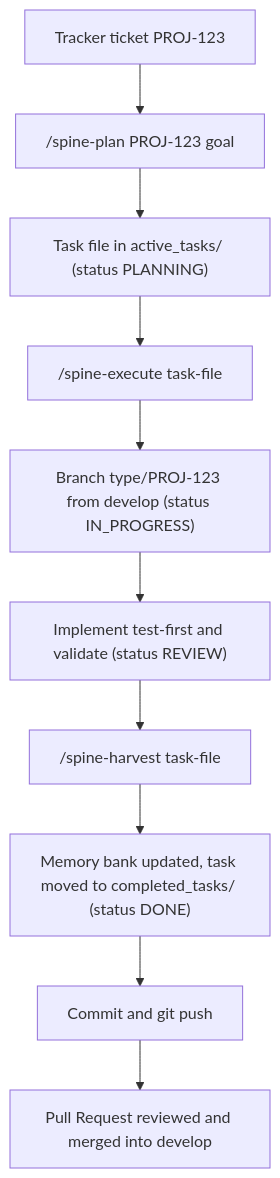
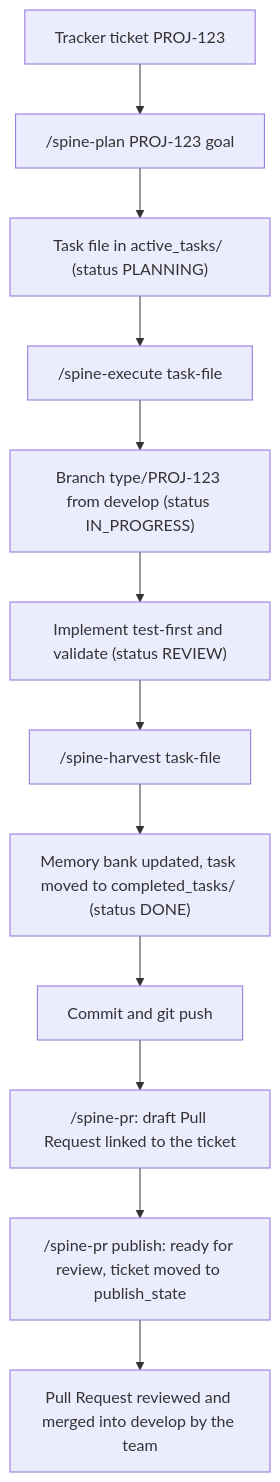
The third of 5 diagrams in README.md (gabrielaalves-selbetti/spine), drawn with Mermaid before and after one commit. The commit also changed other lines of this file and 2 other files, not shown here.

First line of the commit message:
docs: document /spine-pr and its MCP requirement

````diff
--- a/README.md
+++ b/README.md
@@ -206,12 +211,14 @@
 ```mermaid
 flowchart TD
     ticket["Tracker ticket PROJ-123"] --> plan["/spine-plan PROJ-123 goal"]
     plan --> planned["Task file in active_tasks/ (status PLANNING)"]
     planned --> execute["/spine-execute task-file"]
     execute --> branch["Branch type/PROJ-123 from develop (status IN_PROGRESS)"]
     branch --> tests["Implement test-first and validate (status REVIEW)"]
     tests --> harvest["/spine-harvest task-file"]
     harvest --> done["Memory bank updated, task moved to completed_tasks/ (status DONE)"]
     done --> push["Commit and git push"]
-    push --> pr["Pull Request reviewed and merged into develop"]
+    push --> draft["/spine-pr: draft Pull Request linked to the ticket"]
+    draft --> publish["/spine-pr publish: ready for review, ticket moved to publish_state"]
+    publish --> pr["Pull Request reviewed and merged into develop by the team"]
 ```
````
